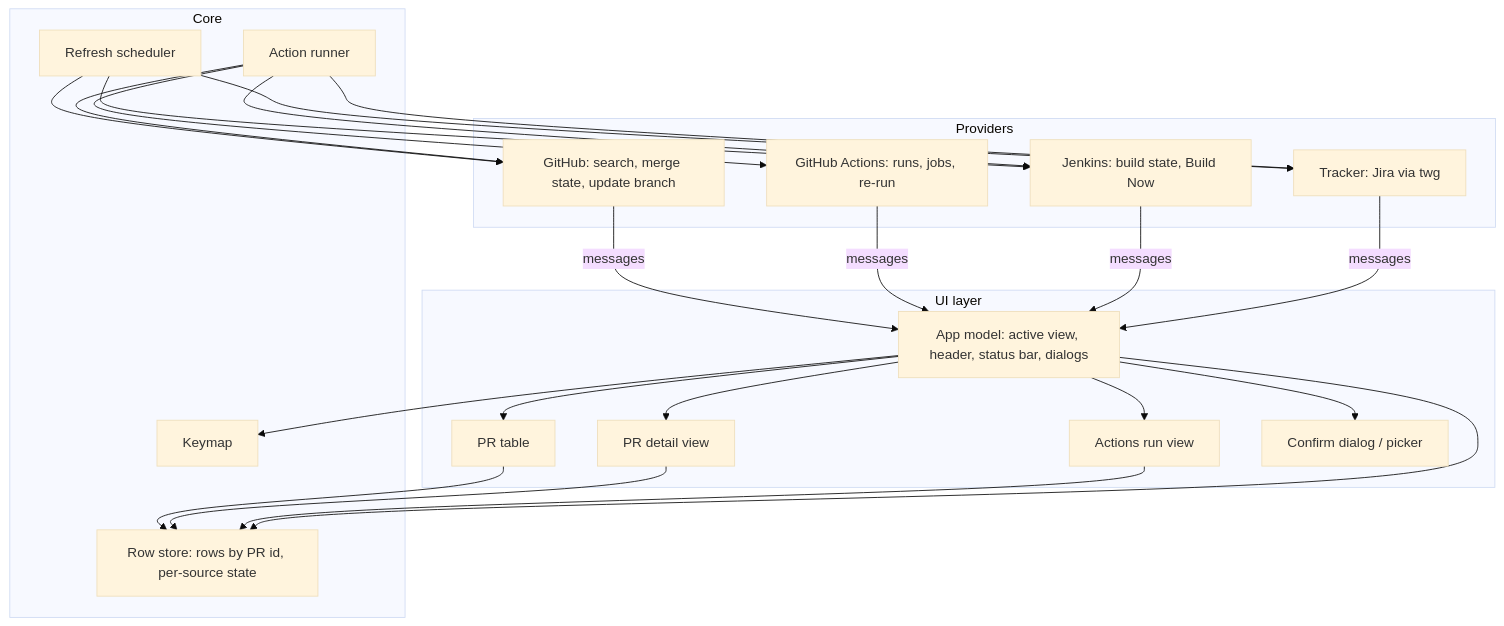
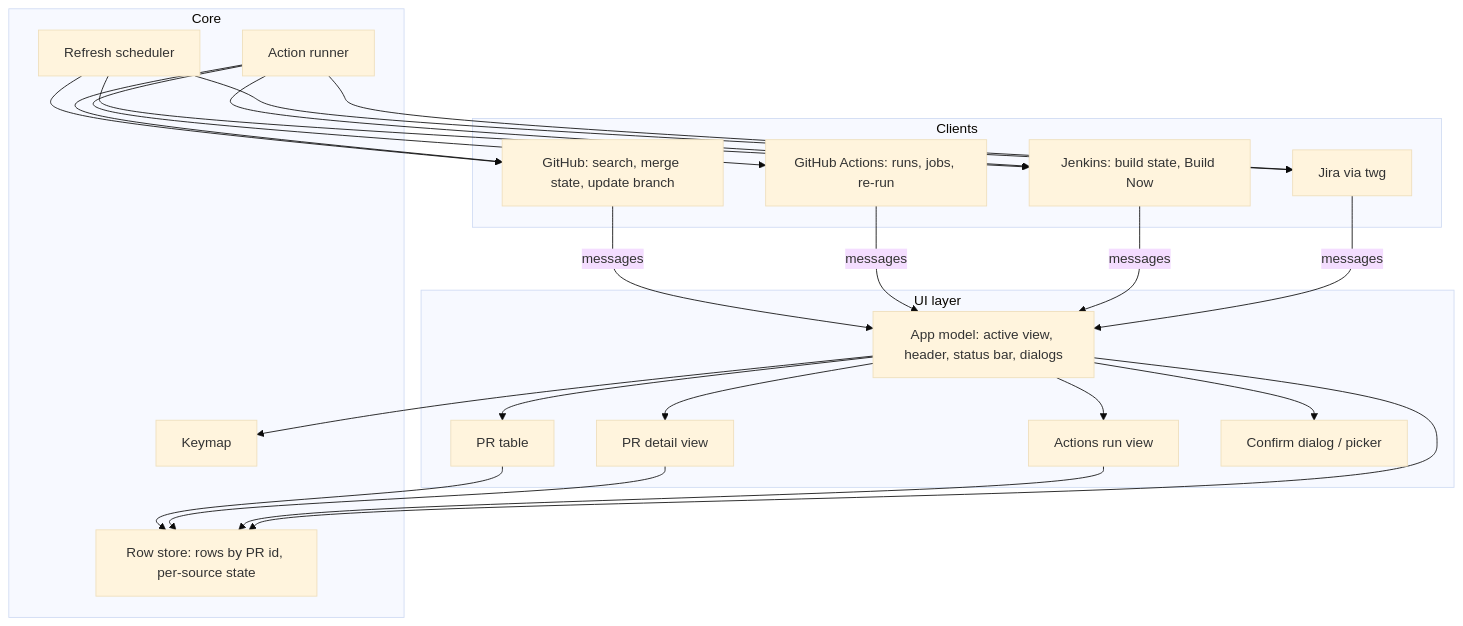
One commit to go-dima/ghtop changed the second of 3 diagrams in docs/architecture.md. Above: the diagram before and after it, drawn with Mermaid (base theme). The commit also changed other lines of this file and 16 other files, not shown here.

````diff
--- a/docs/architecture.md
+++ b/docs/architecture.md
@@ -32,29 +32,29 @@
 ```mermaid
 flowchart TB
   subgraph ui[UI layer]
     app[App model: active view, header, status bar, dialogs]
     table[PR table]
     detail[PR detail view]
     runs[Actions run view]
     dlg[Confirm dialog / picker]
   end
   subgraph core[Core]
     store[Row store: rows by PR id, per-source state]
     sched[Refresh scheduler]
     acts[Action runner]
     keys[Keymap]
   end
-  subgraph prov[Providers]
+  subgraph prov[Clients]
     gh[GitHub: search, merge state, update branch]
     ga[GitHub Actions: runs, jobs, re-run]
     jk[Jenkins: build state, Build Now]
-    tr[Tracker: Jira via twg]
+    tr[Jira via twg]
   end
   app --> table & detail & runs & dlg
   app --> keys
   table & detail & runs --> store
   sched --> gh & jk & tr
   acts --> ga & jk & tr & gh
   gh & ga & jk & tr -->|messages| app
   app --> store
 ```
````
